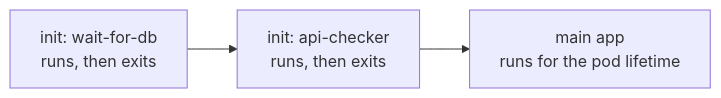
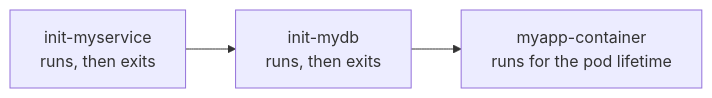
One commit to garashov/k8s-ckad-exam-prep changed diagram 13 of 14 in README.md. Above: the diagram before and after it, drawn with Mermaid. The commit also changed other lines of this file, not shown here.

Commit message:
Update Init containers documnetation

````diff
--- a/README.md
+++ b/README.md
@@ -2069,4 +2097,4 @@
 ```mermaid
 flowchart LR
-    I1["init: wait-for-db<br/>runs, then exits"] --> I2["init: api-checker<br/>runs, then exits"] --> M["main app<br/>runs for the pod lifetime"]
+    I1["init-myservice<br/>runs, then exits"] --> I2["init-mydb<br/>runs, then exits"] --> M["myapp-container<br/>runs for the pod lifetime"]
 ```
````
